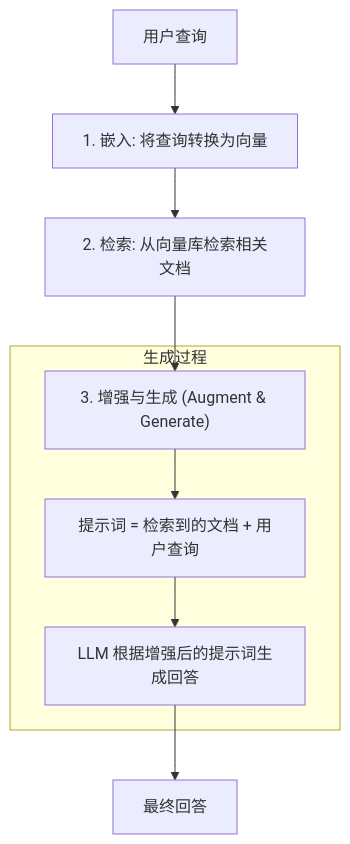
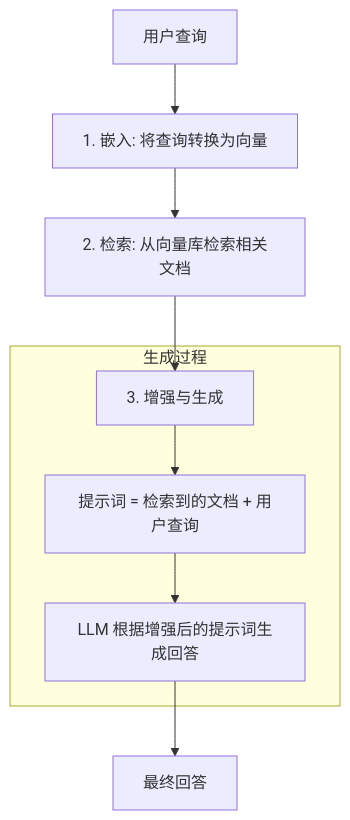
One commit to yeasy/agentic_ai_guide changed the diagram in 03_memory/3.4_rag_advanced.md. Above: the diagram before and after it, drawn with Mermaid. The commit also changed other lines of this file and 48 other files, not shown here.

````diff
--- a/03_memory/3.4_rag_advanced.md
+++ b/03_memory/3.4_rag_advanced.md
@@ -19,13 +19,13 @@
 ```mermaid
 graph TD
     UserQuery["用户查询"] --> Embed["1. 嵌入: 将查询转换为向量"]
     Embed --> Retrieve["2. 检索: 从向量库检索相关文档"]
-    Retrieve --> Augment["3. 增强与生成 (Augment & Generate)"]
+    Retrieve --> Augment["3. 增强与生成"]
     
     subgraph process ["生成过程"]
         Augment --> Prompt["提示词 = 检索到的文档 + 用户查询"]
         Prompt --> Generate["LLM 根据增强后的提示词生成回答"]
     end
     
     Generate --> Answer["最终回答"]
 ```
````
